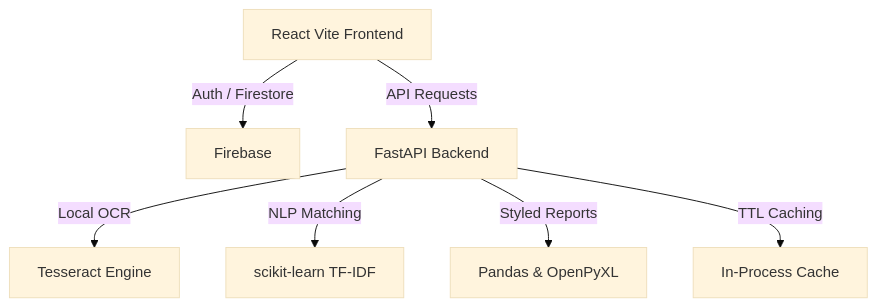
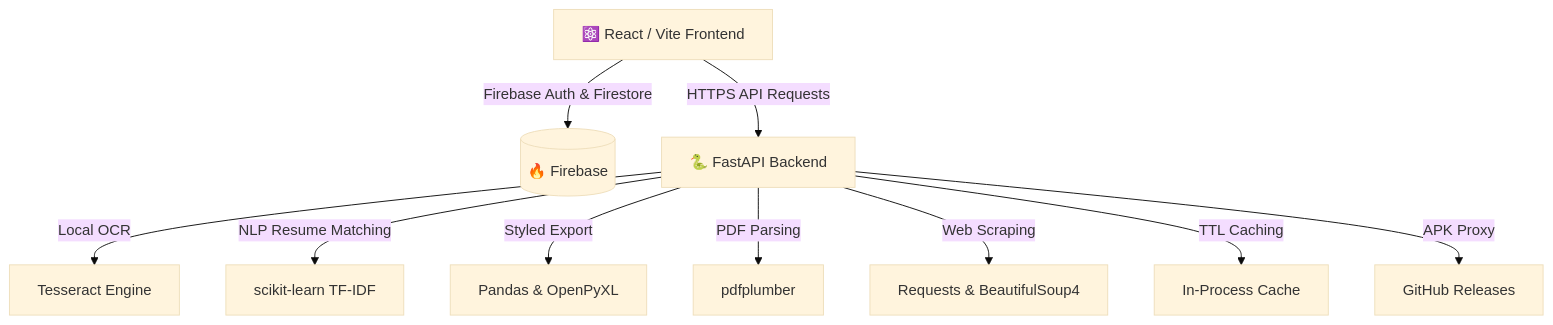
The diagram in README.md (Harshvardhan210/ZenJob), drawn with Mermaid (base theme) before and after one commit. The commit also changed other lines of this file, not shown here.

````diff
--- a/README.md
+++ b/README.md
@@ -38,9 +99,12 @@
 ```mermaid
 graph TD
-    A[React Vite Frontend] -->|Auth / Firestore| B[Firebase]
-    A -->|API Requests| C[FastAPI Backend]
+    A[⚛️ React / Vite Frontend] -->|Firebase Auth & Firestore| B[(🔥 Firebase)]
+    A -->|HTTPS API Requests| C[🐍 FastAPI Backend]
     C -->|Local OCR| D[Tesseract Engine]
-    C -->|NLP Matching| E[scikit-learn TF-IDF]
-    C -->|Styled Reports| F[Pandas & OpenPyXL]
-    C -->|TTL Caching| G[In-Process Cache]
+    C -->|NLP Resume Matching| E[scikit-learn TF-IDF]
+    C -->|Styled Export| F[Pandas & OpenPyXL]
+    C -->|PDF Parsing| G[pdfplumber]
+    C -->|Web Scraping| H[Requests & BeautifulSoup4]
+    C -->|TTL Caching| I[In-Process Cache]
+    C -->|APK Proxy| J[GitHub Releases]
 ```
````
